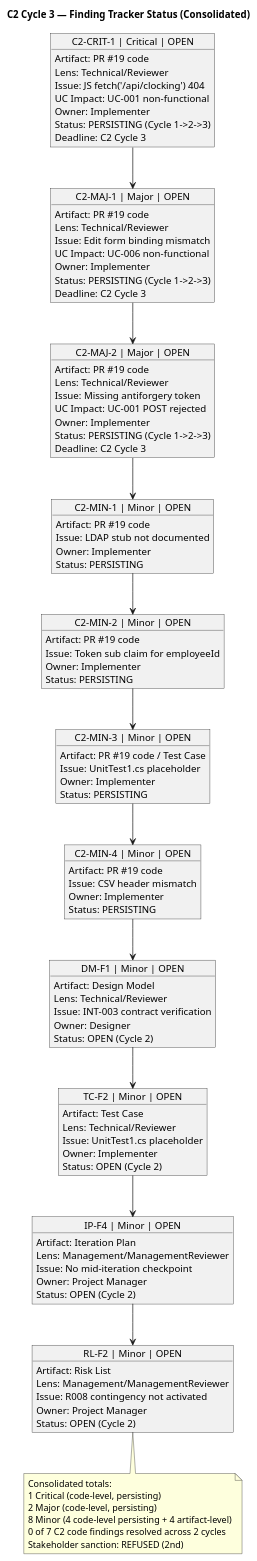
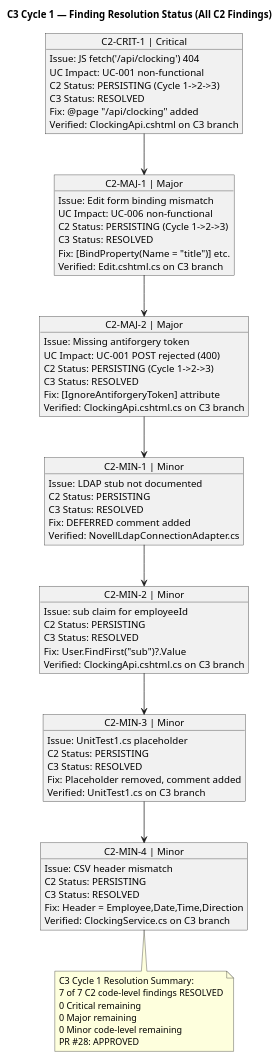
The first of 3 diagrams in docs/artifacts/project-management/review-record.md (banense-test/portal-cuba-corp), drawn with PlantUML before and after one commit. The commit also changed other lines of this file, not shown here.

First line of the commit message:
Code Reviewer [C3]: upsert Review Record

````diff
--- a/docs/artifacts/project-management/review-record.md
+++ b/docs/artifacts/project-management/review-record.md
@@ -119,119 +61,84 @@
 ```plantuml
 @startuml
-title C2 Cycle 3 — Finding Tracker Status (Consolidated)
+title C3 Cycle 1 — Finding Resolution Status (All C2 Findings)
 
 skinparam classBorderColor #2C3E50
 skinparam classBackgroundColor #ECF0F1
 skinparam classAttributeIconSize 0
 
-object "C2-CRIT-1 | Critical | OPEN" as CRIT1 {
-  Artifact: PR #19 code
-  Lens: Technical/Reviewer
+object "C2-CRIT-1 | Critical" as F1 {
   Issue: JS fetch('/api/clocking') 404
   UC Impact: UC-001 non-functional
-  Owner: Implementer
-  Status: PERSISTING (Cycle 1->2->3)
-  Deadline: C2 Cycle 3
+  C2 Status: PERSISTING (Cycle 1->2->3)
+  C3 Status: RESOLVED
+  Fix: @page "/api/clocking" added
+  Verified: ClockingApi.cshtml on C3 branch
 }
 
-object "C2-MAJ-1 | Major | OPEN" as MAJ1 {
-  Artifact: PR #19 code
-  Lens: Technical/Reviewer
+object "C2-MAJ-1 | Major" as F2 {
   Issue: Edit form binding mismatch
   UC Impact: UC-006 non-functional
-  Owner: Implementer
-  Status: PERSISTING (Cycle 1->2->3)
-  Deadline: C2 Cycle 3
+  C2 Status: PERSISTING (Cycle 1->2->3)
+  C3 Status: RESOLVED
+  Fix: [BindProperty(Name = "title")] etc.
+  Verified: Edit.cshtml.cs on C3 branch
 }
 
-object "C2-MAJ-2 | Major | OPEN" as MAJ2 {
-  Artifact: PR #19 code
-  Lens: Technical/Reviewer
+object "C2-MAJ-2 | Major" as F3 {
   Issue: Missing antiforgery token
-  UC Impact: UC-001 POST rejected
-  Owner: Implementer
-  Status: PERSISTING (Cycle 1->2->3)
-  Deadline: C2 Cycle 3
+  UC Impact: UC-001 POST rejected (400)
+  C2 Status: PERSISTING (Cycle 1->2->3)
+  C3 Status: RESOLVED
+  Fix: [IgnoreAntiforgeryToken] attribute
+  Verified: ClockingApi.cshtml.cs on C3 branch
 }
 
-object "C2-MIN-1 | Minor | OPEN" as MIN1 {
-  Artifact: PR #19 code
+object "C2-MIN-1 | Minor" as F4 {
   Issue: LDAP stub not documented
-  Owner: Implementer
-  Status: PERSISTING
+  C2 Status: PERSISTING
+  C3 Status: RESOLVED
+  Fix: DEFERRED comment added
+  Verified: NovellLdapConnectionAdapter.cs
 }
 
-object "C2-MIN-2 | Minor | OPEN" as MIN2 {
-  Artifact: PR #19 code
-  Issue: Token sub claim for employeeId
-  Owner: Implementer
-  Status: PERSISTING
+object "C2-MIN-2 | Minor" as F5 {
+  Issue: sub claim for employeeId
+  C2 Status: PERSISTING
+  C3 Status: RESOLVED
+  Fix: User.FindFirst("sub")?.Value
+  Verified: ClockingApi.cshtml.cs on C3 branch
 }
 
-object "C2-MIN-3 | Minor | OPEN" as MIN3 {
-  Artifact: PR #19 code / Test Case
+object "C2-MIN-3 | Minor" as F6 {
   Issue: UnitTest1.cs placeholder
-  Owner: Implementer
-  Status: PERSISTING
+  C2 Status: PERSISTING
+  C3 Status: RESOLVED
+  Fix: Placeholder removed, comment added
+  Verified: UnitTest1.cs on C3 branch
 }
 
-object "C2-MIN-4 | Minor | OPEN" as MIN4 {
-  Artifact: PR #19 code
+object "C2-MIN-4 | Minor" as F7 {
   Issue: CSV header mismatch
-  Owner: Implementer
-  Status: PERSISTING
+  C2 Status: PERSISTING
+  C3 Status: RESOLVED
+  Fix: Header = Employee,Date,Time,Direction
+  Verified: ClockingService.cs on C3 branch
 }
 
-object "DM-F1 | Minor | OPEN" as DMF1 {
-  Artifact: Design Model
-  Lens: Technical/Reviewer
-  Issue: INT-003 contract verification
-  Owner: Designer
-  Status: OPEN (Cycle 2)
-}
+F1 --> F2
+F2 --> F3
+F3 --> F4
+F4 --> F5
+F5 --> F6
+F6 --> F7
 
-object "TC-F2 | Minor | OPEN" as TCF2 {
-  Artifact: Test Case
-  Lens: Technical/Reviewer
-  Issue: UnitTest1.cs placeholder
-  Owner: Implementer
-  Status: OPEN (Cycle 2)
-}
-
-object "IP-F4 | Minor | OPEN" as IPF4 {
-  Artifact: Iteration Plan
-  Lens: Management/ManagementReviewer
-  Issue: No mid-iteration checkpoint
-  Owner: Project Manager
-  Status: OPEN (Cycle 2)
-}
-
-object "RL-F2 | Minor | OPEN" as RLF2 {
-  Artifact: Risk List
-  Lens: Management/ManagementReviewer
-  Issue: R008 contingency not activated
-  Owner: Project Manager
-  Status: OPEN (Cycle 2)
-}
-
-CRIT1 --> MAJ1
-MAJ1 --> MAJ2
-MAJ2 --> MIN1
-MIN1 --> MIN2
-MIN2 --> MIN3
-MIN3 --> MIN4
-MIN4 --> DMF1
-DMF1 --> TCF2
-TCF2 --> IPF4
-IPF4 --> RLF2
-
-note bottom of RLF2
-  Consolidated totals:
-  1 Critical (code-level, persisting)
-  2 Major (code-level, persisting)
-  8 Minor (4 code-level persisting + 4 artifact-level)
-  0 of 7 C2 code findings resolved across 2 cycles
-  Stakeholder sanction: REFUSED (2nd)
+note bottom of F7
+  C3 Cycle 1 Resolution Summary:
+  7 of 7 C2 code-level findings RESOLVED
+  0 Critical remaining
+  0 Major remaining
+  0 Minor code-level remaining
+  PR #28: APPROVED
 end note
 
 @enduml
````
